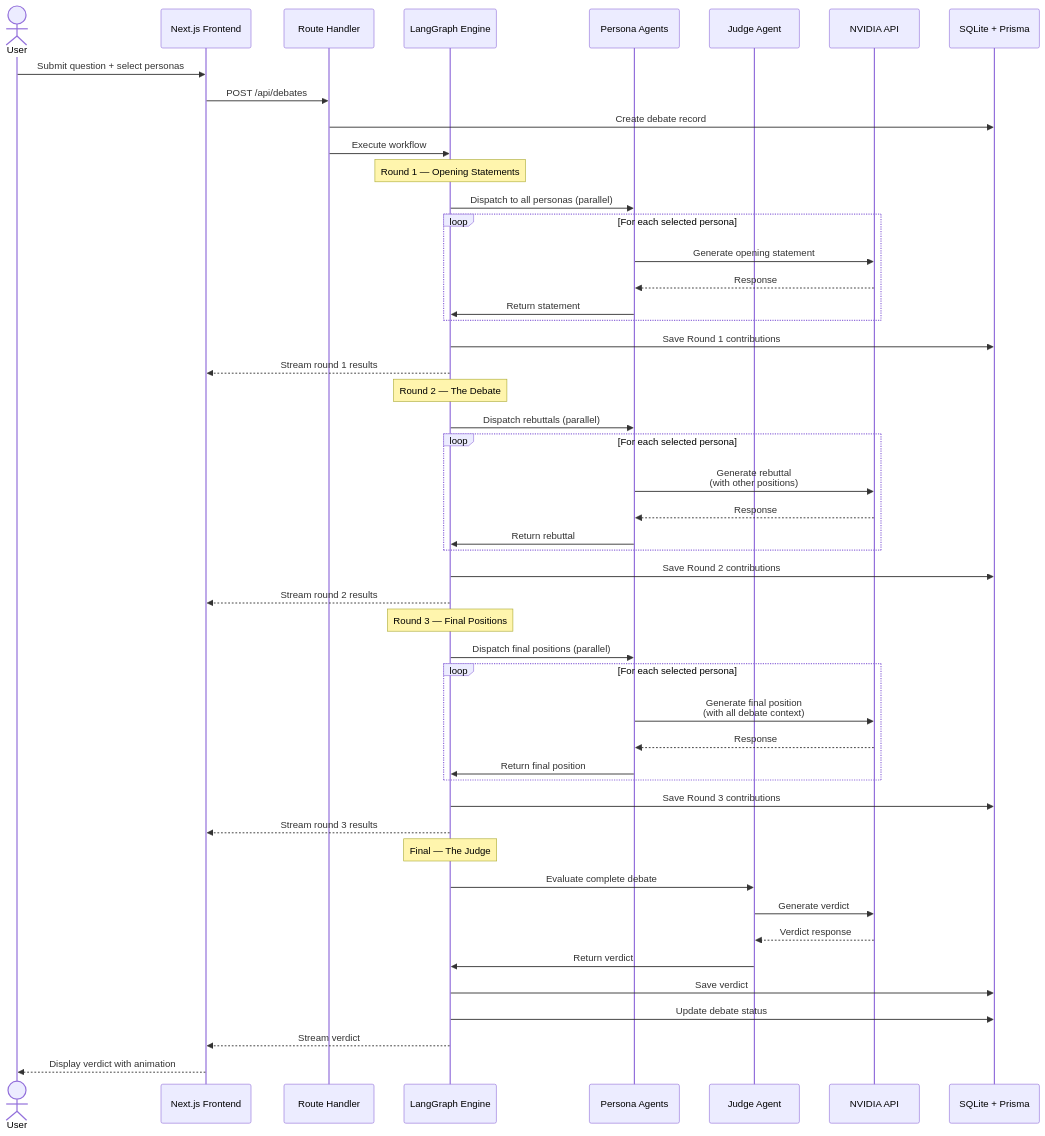
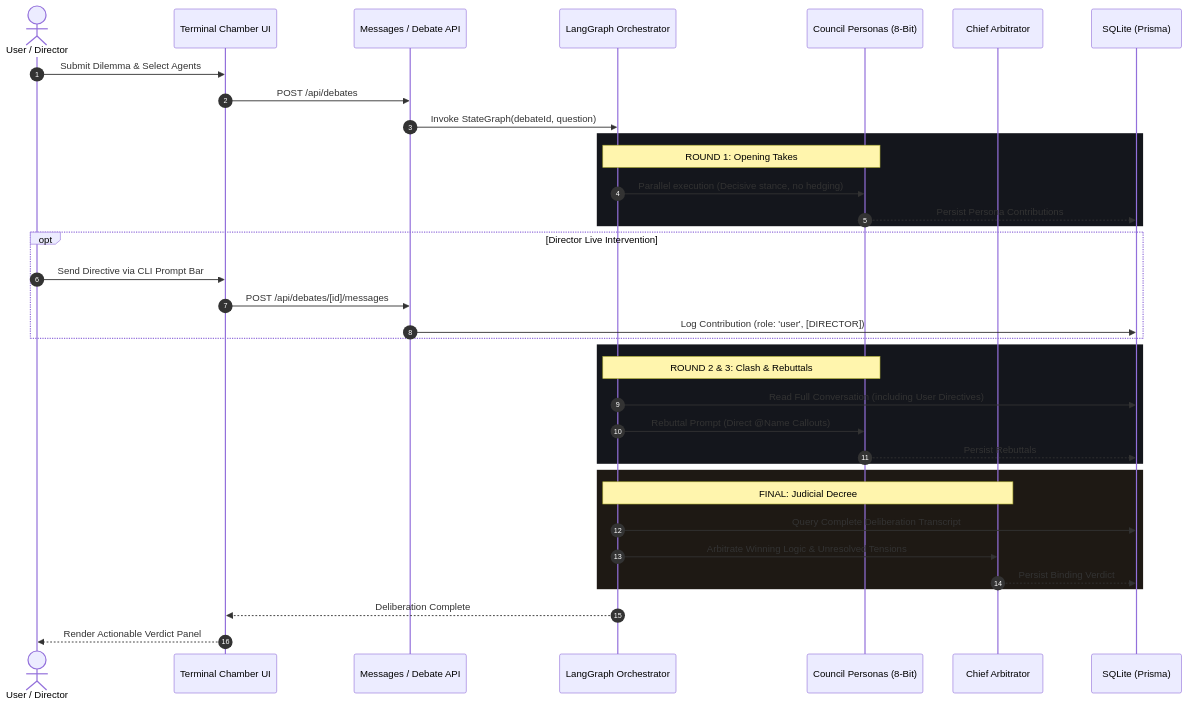
One commit to Abubakkar-Khan/THE_COUNCIL changed the second of 2 diagrams in README.md. Above: the diagram before and after it, drawn with Mermaid. The commit also changed other lines of this file, not shown here.

Commit message:
docs: comprehensive update to README.md covering 8-bit aesthetic engine, persona wizard, ASCII chamber, and architecture diagrams

````diff
--- a/README.md
+++ b/README.md
@@ -258,68 +112,44 @@
 ```mermaid
 sequenceDiagram
-    actor User
-    participant UI as Next.js Frontend
-    participant API as Route Handler
-    participant Graph as LangGraph Engine
-    participant PA as Persona Agents
-    participant JA as Judge Agent
-    participant NVIDIA as NVIDIA API
-    participant DB as SQLite + Prisma
+    autonumber
+    actor Director as User / Director
+    participant Chamber as Terminal Chamber UI
+    participant API as Messages / Debate API
+    participant Graph as LangGraph Orchestrator
+    participant Agents as Council Personas (8-Bit)
+    participant Judge as Chief Arbitrator
+    participant DB as SQLite (Prisma)
 
-    User->>UI: Submit question + select personas
-    UI->>API: POST /api/debates
-    API->>DB: Create debate record
-    API->>Graph: Execute workflow
-
-    Note over Graph: Round 1 — Opening Statements
-
-    Graph->>PA: Dispatch to all personas (parallel)
+    Director->>Chamber: Submit Dilemma & Select Agents
+    Chamber->>API: POST /api/debates
+    API->>Graph: Invoke StateGraph(debateId, question)
     
-    loop For each selected persona
-        PA->>NVIDIA: Generate opening statement
-        NVIDIA-->>PA: Response
-        PA->>Graph: Return statement
+    rect rgb(20, 22, 28)
+        note over Graph, Agents: ROUND 1: Opening Takes
+        Graph->>Agents: Parallel execution (Decisive stance, no hedging)
+        Agents-->>DB: Persist Persona Contributions
     end
 
-    Graph->>DB: Save Round 1 contributions
-    Graph-->>UI: Stream round 1 results
-
-    Note over Graph: Round 2 — The Debate
-
-    Graph->>PA: Dispatch rebuttals (parallel)
-    
-    loop For each selected persona
-        PA->>NVIDIA: Generate rebuttal<br/>(with other positions)
-        NVIDIA-->>PA: Response
-        PA->>Graph: Return rebuttal
+    opt Director Live Intervention
+        Director->>Chamber: Send Directive via CLI Prompt Bar
+        Chamber->>API: POST /api/debates/[id]/messages
+        API->>DB: Log Contribution (role: 'user', [DIRECTOR])
     end
 
-    Graph->>DB: Save Round 2 contributions
-    Graph-->>UI: Stream round 2 results
-
-    Note over Graph: Round 3 — Final Positions
-
-    Graph->>PA: Dispatch final positions (parallel)
-    
-    loop For each selected persona
-        PA->>NVIDIA: Generate final position<br/>(with all debate context)
-        NVIDIA-->>PA: Response
-        PA->>Graph: Return final position
+    rect rgb(20, 22, 28)
+        note over Graph, Agents: ROUND 2 & 3: Clash & Rebuttals
+        Graph->>DB: Read Full Conversation (including User Directives)
+        Graph->>Agents: Rebuttal Prompt (Direct @Name Callouts)
+        Agents-->>DB: Persist Rebuttals
     end
 
-    Graph->>DB: Save Round 3 contributions
-    Graph-->>UI: Stream round 3 results
+    rect rgb(30, 25, 20)
+        note over Graph, Judge: FINAL: Judicial Decree
+        Graph->>DB: Query Complete Deliberation Transcript
+        Graph->>Judge: Arbitrate Winning Logic & Unresolved Tensions
+        Judge-->>DB: Persist Binding Verdict
+    end
 
-    Note over Graph: Final — The Judge
-
-    Graph->>JA: Evaluate complete debate
-    JA->>NVIDIA: Generate verdict
-    NVIDIA-->>JA: Verdict response
-    JA->>Graph: Return verdict
-
-    Graph->>DB: Save verdict
-    Graph->>DB: Update debate status
-    Graph-->>UI: Stream verdict
-
-    UI-->>User: Display verdict with animation
+    Graph-->>Chamber: Deliberation Complete
+    Chamber-->>Director: Render Actionable Verdict Panel
 ```
````
